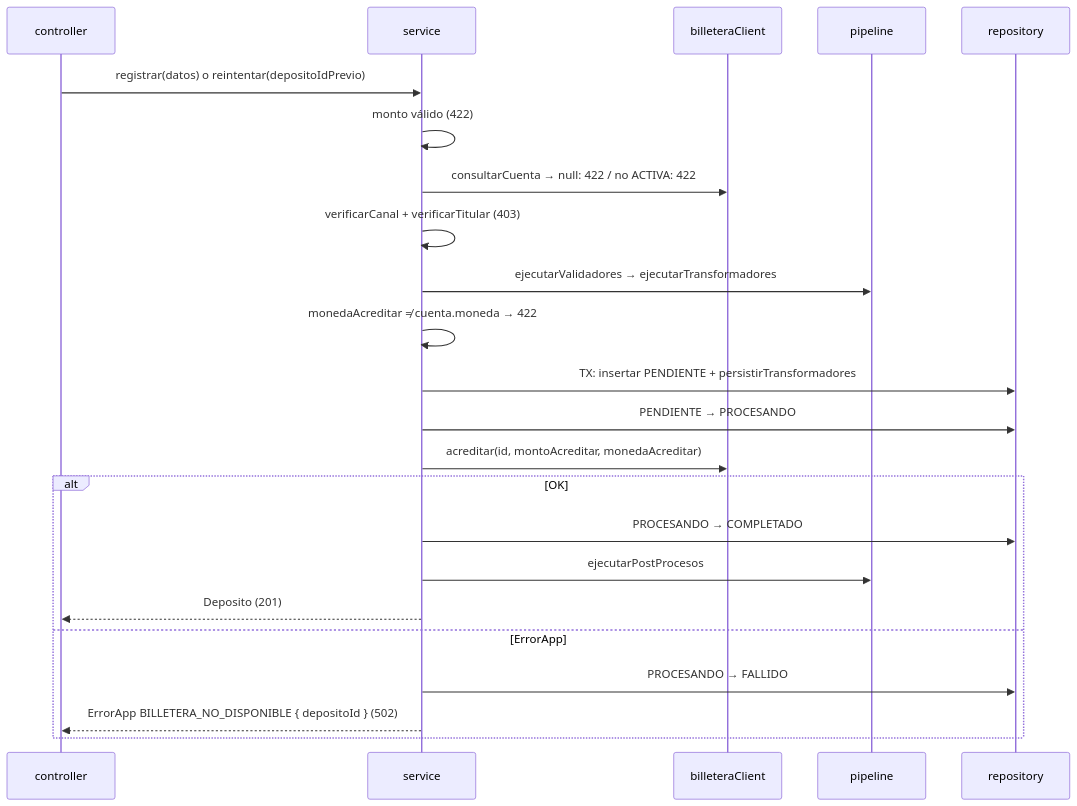
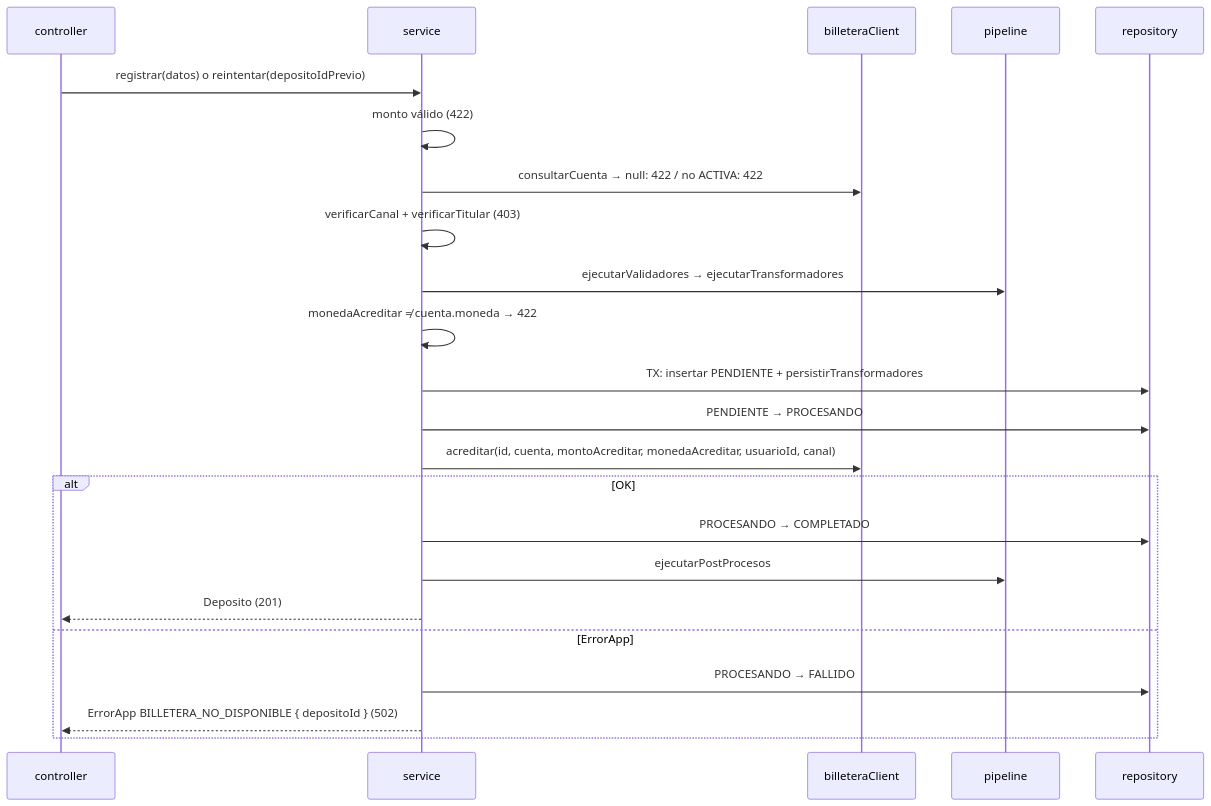
One commit to abigailDurand/Deposito-Arnes changed the diagram in specs-v2/07-registrar-deposito.md. Above: the diagram before and after it, drawn with Mermaid. The commit also changed other lines of this file and 27 other files, not shown here.

````diff
--- a/specs-v2/07-registrar-deposito.md
+++ b/specs-v2/07-registrar-deposito.md
@@ -28,25 +28,25 @@
 ```mermaid
 sequenceDiagram
     participant Ctrl as controller
     participant Svc as service
     participant B as billeteraClient
     participant P as pipeline
     participant Repo as repository
     Ctrl->>Svc: registrar(datos) o reintentar(depositoIdPrevio)
     Svc->>Svc: monto válido (422)
     Svc->>B: consultarCuenta → null: 422 / no ACTIVA: 422
     Svc->>Svc: verificarCanal + verificarTitular (403)
     Svc->>P: ejecutarValidadores → ejecutarTransformadores
     Svc->>Svc: monedaAcreditar ≠ cuenta.moneda → 422
     Svc->>Repo: TX: insertar PENDIENTE + persistirTransformadores
     Svc->>Repo: PENDIENTE → PROCESANDO
-    Svc->>B: acreditar(id, montoAcreditar, monedaAcreditar)
+    Svc->>B: acreditar(id, cuenta, montoAcreditar, monedaAcreditar, usuarioId, canal)
     alt OK
         Svc->>Repo: PROCESANDO → COMPLETADO
         Svc->>P: ejecutarPostProcesos
         Svc-->>Ctrl: Deposito (201)
     else ErrorApp
         Svc->>Repo: PROCESANDO → FALLIDO
         Svc-->>Ctrl: ErrorApp BILLETERA_NO_DISPONIBLE { depositoId } (502)
     end
 ```
````
